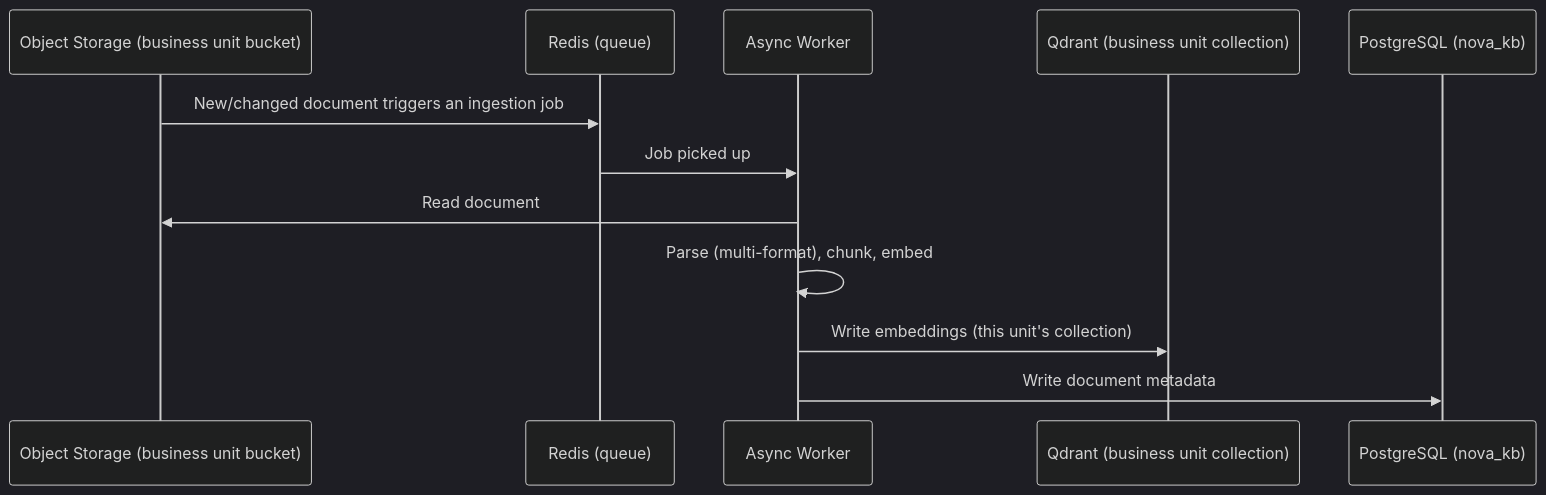
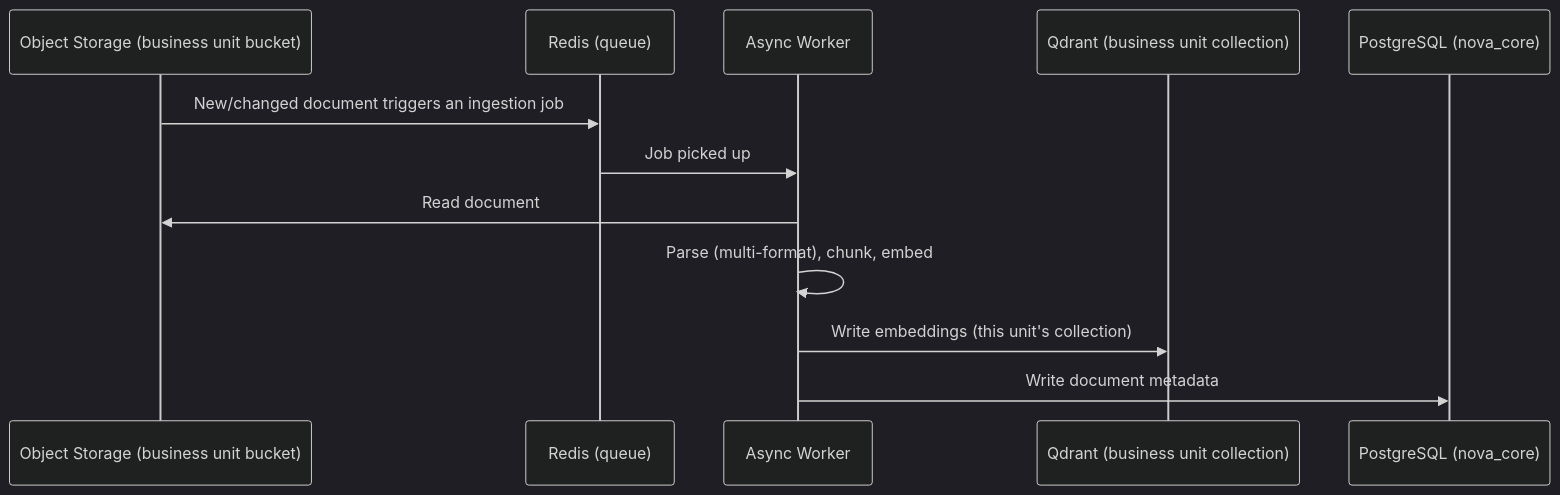
One commit to maulairfani/nova changed the eighth of 9 diagrams in documents/technical-design-document.md. Above: the diagram before and after it, drawn with Mermaid (dark theme). The commit also changed other lines of this file and 22 other files, not shown here.

````diff
--- a/documents/technical-design-document.md
+++ b/documents/technical-design-document.md
@@ -538,15 +538,15 @@
 ```mermaid
 sequenceDiagram
     participant O as Object Storage (business unit bucket)
     participant R as Redis (queue)
     participant A as Async Worker
     participant Q as Qdrant (business unit collection)
-    participant K as PostgreSQL (nova_kb)
+    participant K as PostgreSQL (nova_core)
 
     O->>R: New/changed document triggers an ingestion job
     R->>A: Job picked up
     A->>O: Read document
     A->>A: Parse (multi-format), chunk, embed
     A->>Q: Write embeddings (this unit's collection)
     A->>K: Write document metadata
 ```
````
